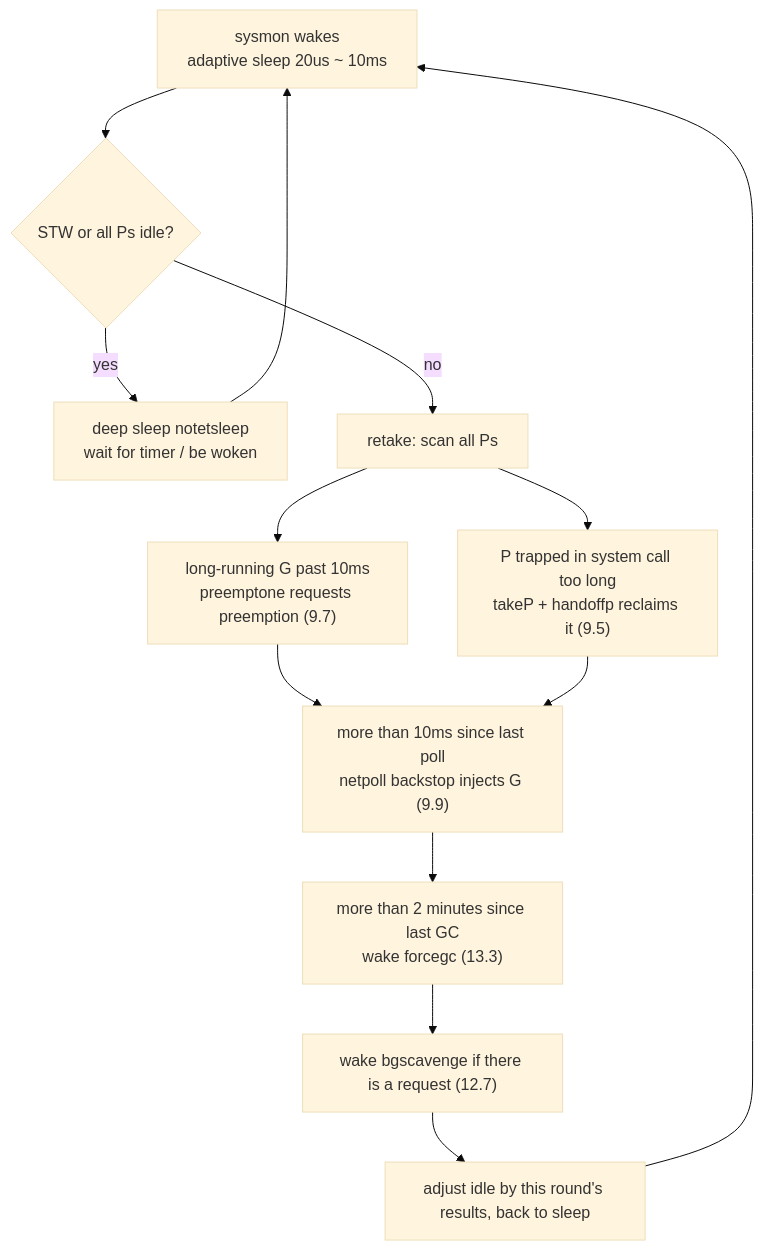
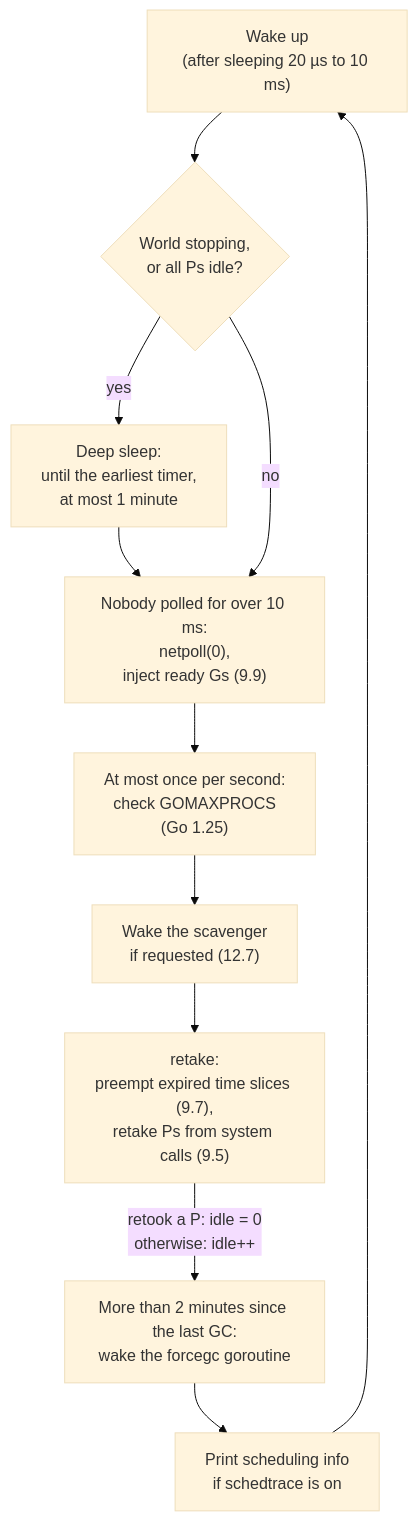
One commit to golang-design/under-the-hood changed the diagram in book/en-us/part3concurrency/ch09sched/sysmon.md. Above: the diagram before and after it, drawn with Mermaid (base theme). The commit also changed other lines of this file and 30 other files, not shown here.

````diff
--- a/book/en-us/part3concurrency/ch09sched/sysmon.md
+++ b/book/en-us/part3concurrency/ch09sched/sysmon.md
@@ -213,15 +373,13 @@
 ```mermaid
 flowchart TD
-    START["sysmon wakes<br/>adaptive sleep 20us ~ 10ms"] --> STW{STW or all Ps idle?}
-    STW -->|yes| DEEP["deep sleep notetsleep<br/>wait for timer / be woken"]
-    DEEP --> START
-    STW -->|no| RETAKE["retake: scan all Ps"]
-    RETAKE --> LONG["long-running G past 10ms<br/>preemptone requests preemption (9.7)"]
-    RETAKE --> SYS["P trapped in system call too long<br/>takeP + handoffp reclaims it (9.5)"]
-    LONG --> NET["more than 10ms since last poll<br/>netpoll backstop injects G (9.9)"]
-    SYS --> NET
-    NET --> GC["more than 2 minutes since last GC<br/>wake forcegc (13.3)"]
-    GC --> SCAV["wake bgscavenge if there is a request (12.7)"]
-    SCAV --> LOOP["adjust idle by this round's results, back to sleep"]
-    LOOP --> START
+    WAKE["Wake up<br/>(after sleeping 20 µs to 10 ms)"] --> DEEP{"World stopping,<br/>or all Ps idle?"}
+    DEEP -->|yes| SLEEP["Deep sleep:<br/>until the earliest timer,<br/>at most 1 minute"]
+    SLEEP --> NET
+    DEEP -->|no| NET["Nobody polled for over 10 ms:<br/>netpoll(0),<br/>inject ready Gs (9.9)"]
+    NET --> PROCS["At most once per second:<br/>check GOMAXPROCS<br/>(Go 1.25)"]
+    PROCS --> SCAV["Wake the scavenger<br/>if requested (12.7)"]
+    SCAV --> RETAKE["retake:<br/>preempt expired time slices (9.7),<br/>retake Ps from system calls (9.5)"]
+    RETAKE -->|"retook a P: idle = 0<br/>otherwise: idle++"| GC["More than 2 minutes since the last GC:<br/>wake the forcegc goroutine"]
+    GC --> TRACE["Print scheduling info<br/>if schedtrace is on"]
+    TRACE --> WAKE
 ```
````
